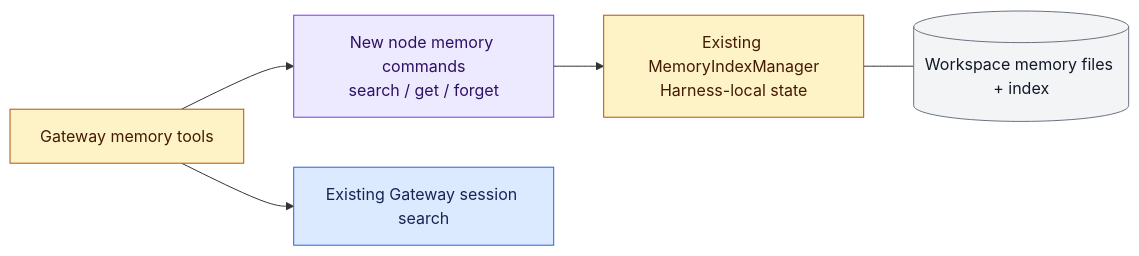
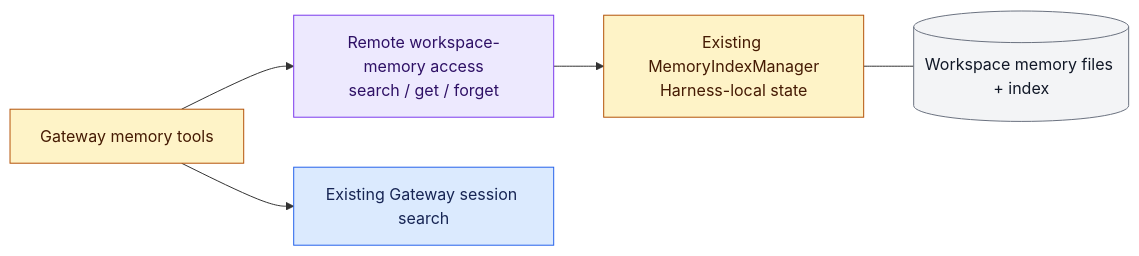
One commit to IsaiahStapleton/openclaw-enterprise changed the third of 3 diagrams in specs/28-gateway-harness-storage-split.md. Above: the diagram before and after it, drawn with Mermaid. The commit also changed other lines of this file, not shown here.

Commit message:
docs: simplify storage split decisions and qualify remote reuse

````diff
--- a/specs/28-gateway-harness-storage-split.md
+++ b/specs/28-gateway-harness-storage-split.md
@@ -129,15 +128,15 @@
 ```mermaid
 flowchart LR
-  T["Gateway memory tools"] --> R["New node memory commands<br/>search / get / forget"]
+  T["Gateway memory tools"] --> R["Remote workspace-memory access<br/>search / get / forget"]
   R --> M["Existing MemoryIndexManager<br/>Harness-local state"]
   M --- I[("Workspace memory files + index")]
   T --> S["Existing Gateway session search"]
   classDef reuse fill:#dbeafe,stroke:#2563eb,color:#172554;
   classDef adapt fill:#fef3c7,stroke:#b45309,color:#451a03;
   classDef added fill:#ede9fe,stroke:#7c3aed,color:#2e1065;
   classDef data fill:#f3f4f6,stroke:#6b7280,color:#111827;
   class S reuse;
   class T,M adapt;
   class R added;
   class I data;
 ```
````
